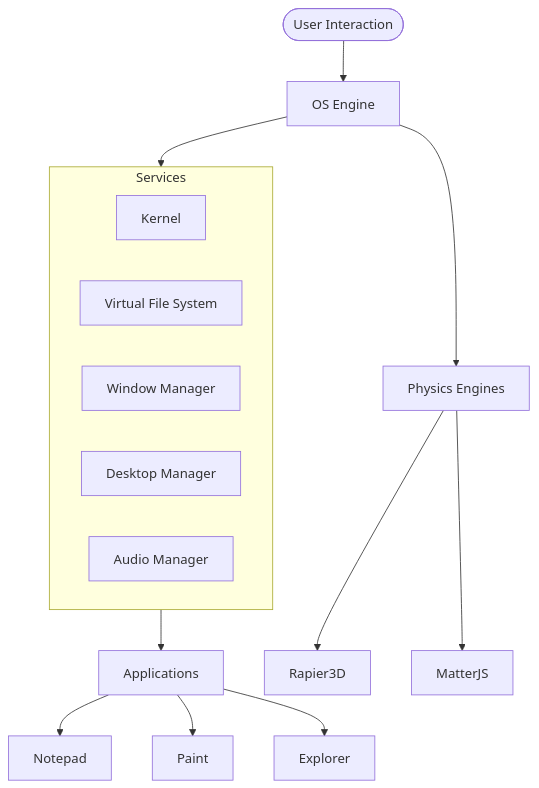
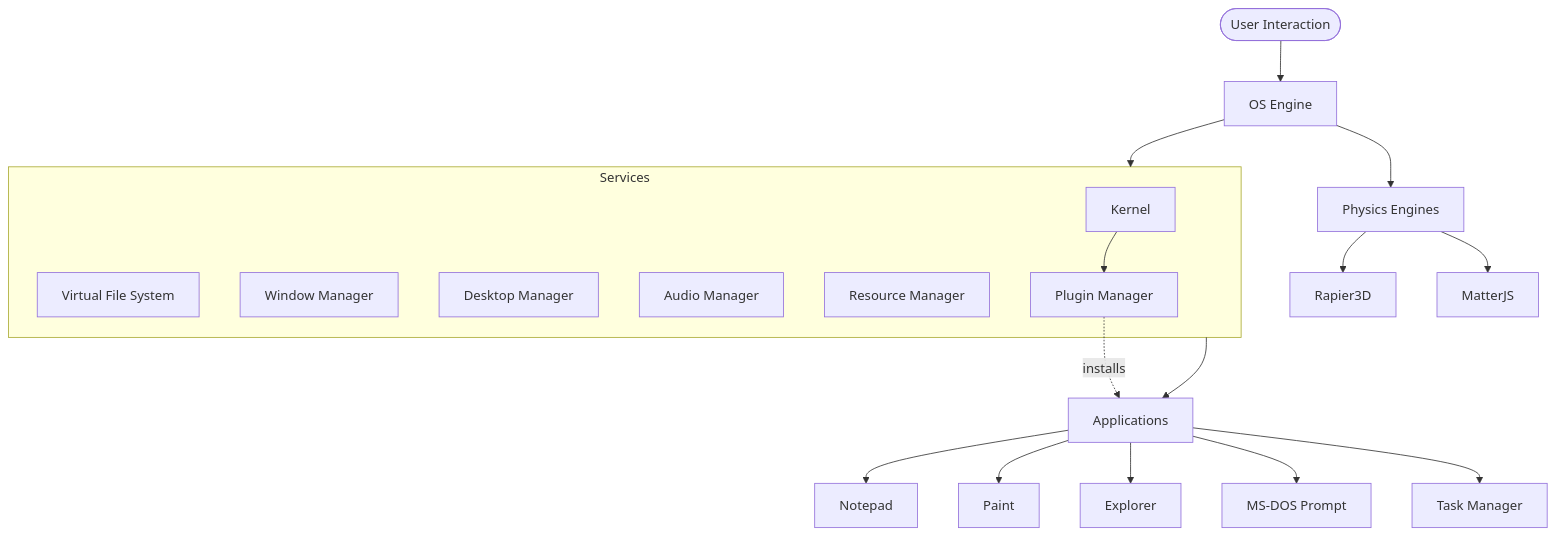
Before and after one commit to Devildonia/windows-app-center: the diagram in README.md, drawn with Mermaid. The commit also changed other lines of this file and 39 other files, not shown here.

First line of the commit message:
release: v1.6.3 - MS-DOS Prompt, Task Manager, Plugin system & ResourceManager

````diff
--- a/README.md
+++ b/README.md
@@ -78,22 +94,28 @@
 ```mermaid
 graph TD
     User([User Interaction]) --> OS[OS Engine]
     OS --> Services[Service Container]
     
     subgraph Services
         K[Kernel]
         VFS[Virtual File System]
         WM[Window Manager]
         DM[Desktop Manager]
         AM[Audio Manager]
+        RM[Resource Manager]
+        PM[Plugin Manager]
     end
     
     Services --> Apps[Applications]
     Apps --> Notepad
     Apps --> Paint
     Apps --> Explorer
+    Apps --> Terminal[MS-DOS Prompt]
+    Apps --> TaskManager[Task Manager]
+    K --> PM
+    PM -.installs.-> Apps
     
     OS --> Physics[Physics Engines]
     Physics --> Rapier3D
     Physics --> MatterJS
 ```
````
